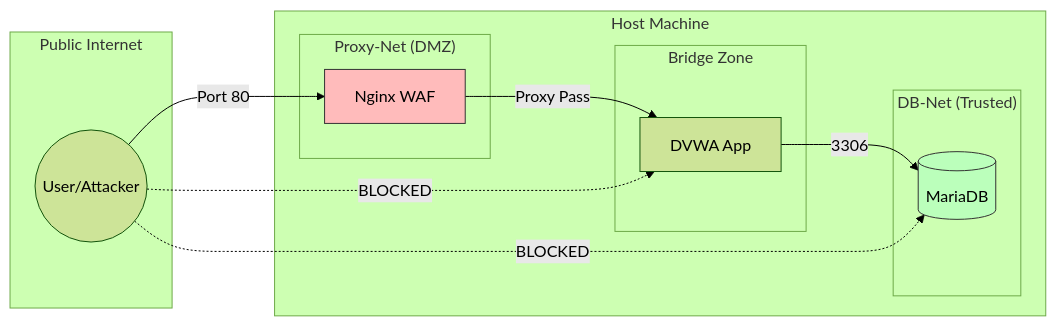
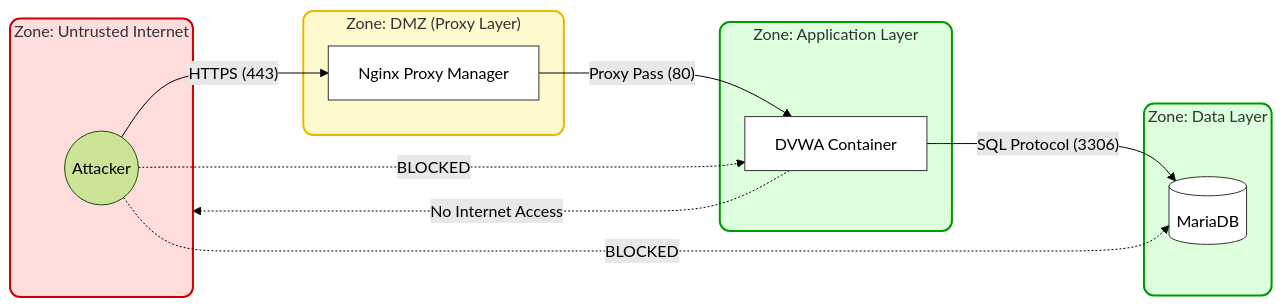
Before and after one commit to coolcalmjoe/SecuringDVWA: the diagram in docs/security-engineering.md, drawn with Mermaid (forest theme). The commit also changed other lines of this file, not shown here.

````diff
--- a/docs/security-engineering.md
+++ b/docs/security-engineering.md
@@ -14,28 +16,38 @@
 ```mermaid
-flowchart LR
-    subgraph "Public Internet"
-        User((User/Attacker))
+graph LR
+    %% Styles
+    classDef public fill:#ffdddd,stroke:#cc0000,stroke-width:2px,rx:10,ry:10;
+    classDef dmz fill:#fffacd,stroke:#e6b800,stroke-width:2px,rx:10,ry:10;
+    classDef trusted fill:#ddffdd,stroke:#009900,stroke-width:2px,rx:10,ry:10;
+    classDef component fill:#fff,stroke:#333,stroke-width:1px;
+
+    subgraph Internet ["Zone: Untrusted Internet"]
+        Attacker((Attacker))
     end
 
-    subgraph "Host Machine"
-        subgraph "Proxy-Net (DMZ)"
-            WAF[Nginx WAF]
-        end
-
-        subgraph "Bridge Zone"
-            App[DVWA App]
-        end
-
-        subgraph "DB-Net (Trusted)"
-            DB[(MariaDB)]
-        end
+    subgraph DMZ ["Zone: DMZ (Proxy Layer)"]
+        NPM[Nginx Proxy Manager]:::component
     end
 
-    User --Port 80--> WAF
-    WAF --Proxy Pass--> App
-    App --3306--> DB
-    User -.->|BLOCKED| App
-    User -.->|BLOCKED| DB
-    style DB fill:#bfb,stroke:#333
-    style WAF fill:#fbb,stroke:#333
+    subgraph App_Net ["Zone: Application Layer"]
+        DVWA[DVWA Container]:::component
+    end
+
+    subgraph Trusted ["Zone: Data Layer"]
+        DB[(MariaDB)]:::component
+    end
+
+    %% Valid Flows
+    Attacker -- "HTTPS (443)" --> NPM
+    NPM -- "Proxy Pass (80)" --> DVWA
+    DVWA -- "SQL Protocol (3306)" --> DB
+
+    %% Blocked Flows (Visualized)
+    Attacker -.->|BLOCKED| DVWA
+    Attacker -.->|BLOCKED| DB
+    DVWA -.->|No Internet Access| Internet
+
+    class Internet public
+    class DMZ dmz
+    class App_Net,Trusted trusted
 ```
````
